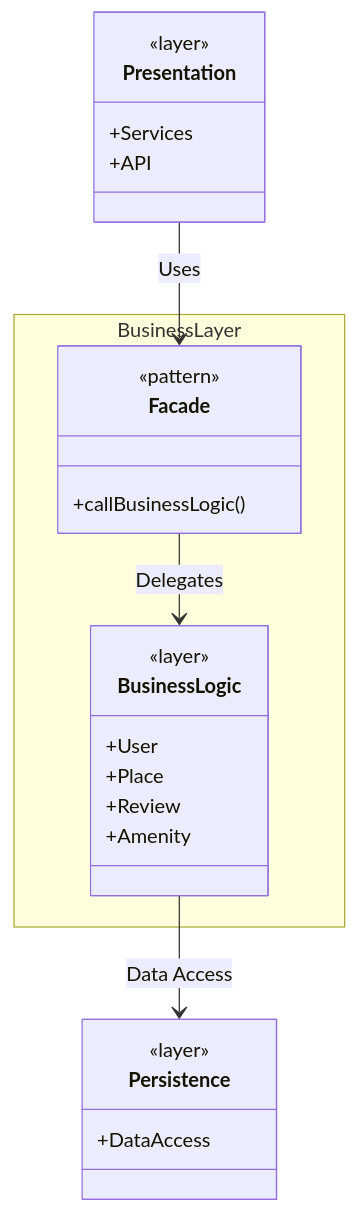
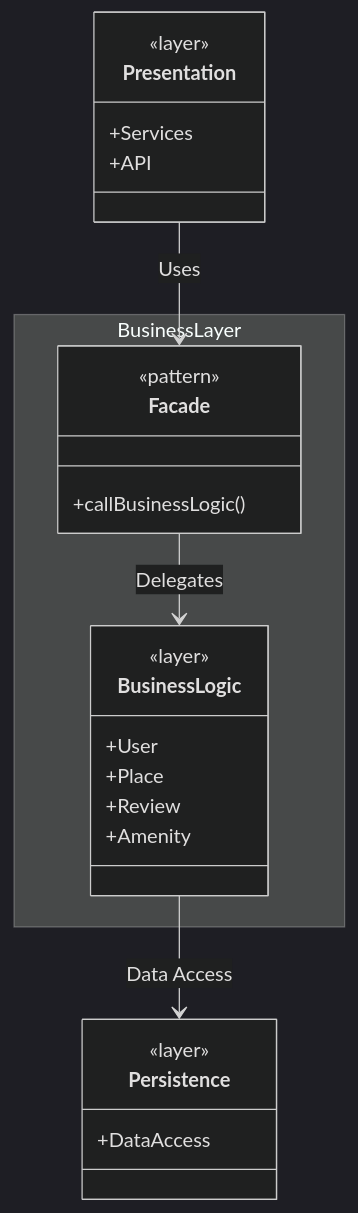
The diagram in README.md (feratholberton/holbertonschool-hbnb), drawn with Mermaid before and after one commit. The commit also changed other lines of this file, not shown here.

Commit message:
Facade and styles

````diff
--- a/README.md
+++ b/README.md
@@ -3,28 +5,33 @@
 ```mermaid
+---
+config:
+  theme: dark
+  look: classic
+---
 classDiagram
 class Presentation {
   <<layer>>
   +Services
   +API
 }
 namespace BusinessLayer {
   class Facade {
     <<pattern>>
     +callBusinessLogic()
   }
   class BusinessLogic {
     <<layer>>
     +User
     +Place
     +Review
     +Amenity
   }
 }
 class Persistence {
   <<layer>>
   +DataAccess
 }
 Presentation --> Facade : Uses
 Facade --> BusinessLogic : Delegates
 BusinessLogic --> Persistence : Data Access
 ```
````
